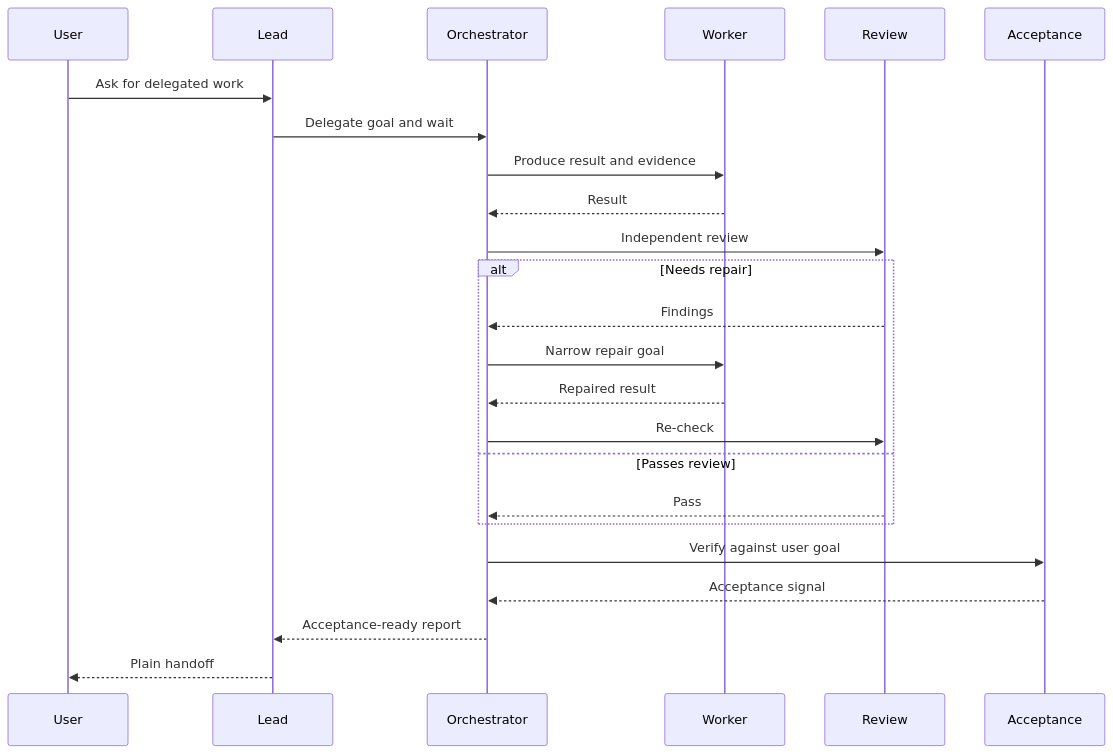
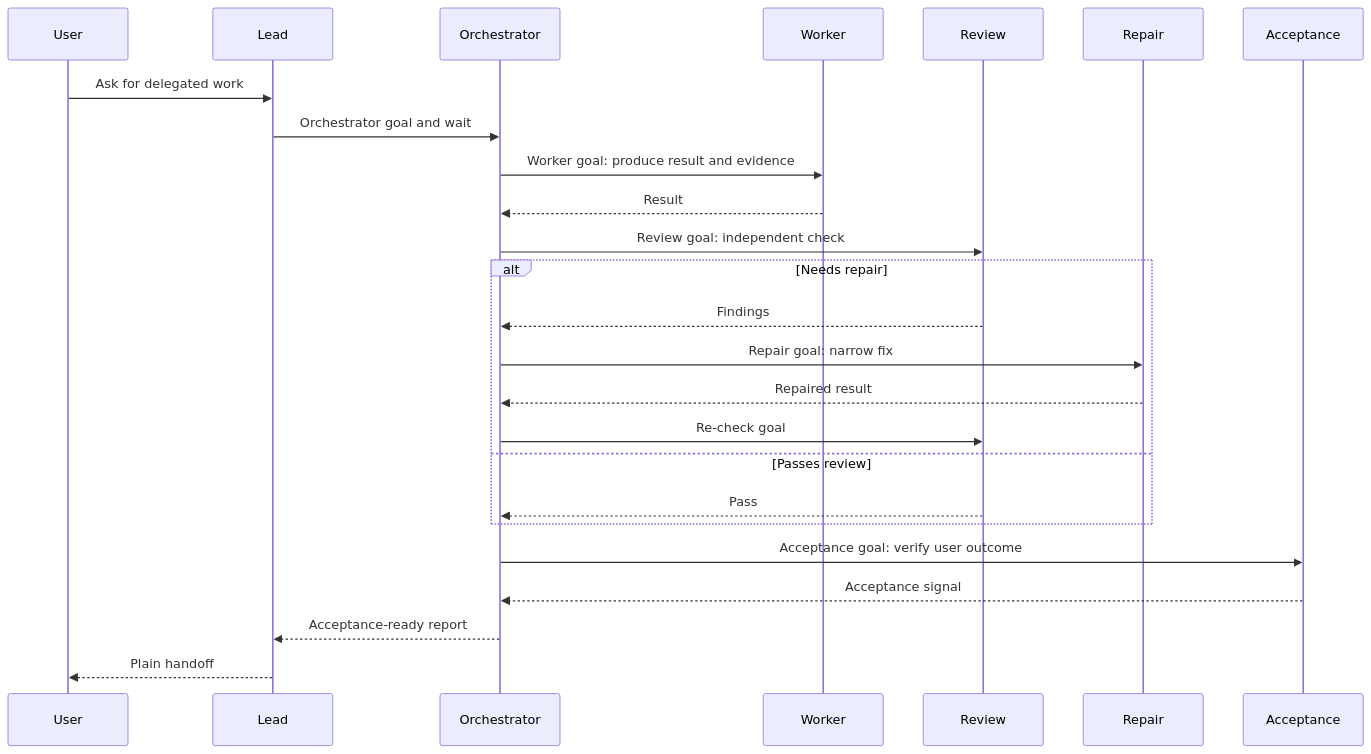
The third of 3 diagrams in README.md (patrick-fu/parallel-goal-workflows), drawn with Mermaid before and after one commit. The commit also changed other lines of this file and 2 other files, not shown here.

First line of the commit message:
Document goal-first workflow families

````diff
--- a/README.md
+++ b/README.md
@@ -62,26 +140,27 @@
 ```mermaid
 sequenceDiagram
   participant User
   participant Lead
   participant Orchestrator
   participant Worker
   participant Review
+  participant Repair
   participant Acceptance
   User->>Lead: Ask for delegated work
-  Lead->>Orchestrator: Delegate goal and wait
-  Orchestrator->>Worker: Produce result and evidence
+  Lead->>Orchestrator: Orchestrator goal and wait
+  Orchestrator->>Worker: Worker goal: produce result and evidence
   Worker-->>Orchestrator: Result
-  Orchestrator->>Review: Independent review
+  Orchestrator->>Review: Review goal: independent check
   alt Needs repair
     Review-->>Orchestrator: Findings
-    Orchestrator->>Worker: Narrow repair goal
-    Worker-->>Orchestrator: Repaired result
-    Orchestrator->>Review: Re-check
+    Orchestrator->>Repair: Repair goal: narrow fix
+    Repair-->>Orchestrator: Repaired result
+    Orchestrator->>Review: Re-check goal
   else Passes review
     Review-->>Orchestrator: Pass
   end
-  Orchestrator->>Acceptance: Verify against user goal
+  Orchestrator->>Acceptance: Acceptance goal: verify user outcome
   Acceptance-->>Orchestrator: Acceptance signal
   Orchestrator-->>Lead: Acceptance-ready report
   Lead-->>User: Plain handoff
 ```
````
